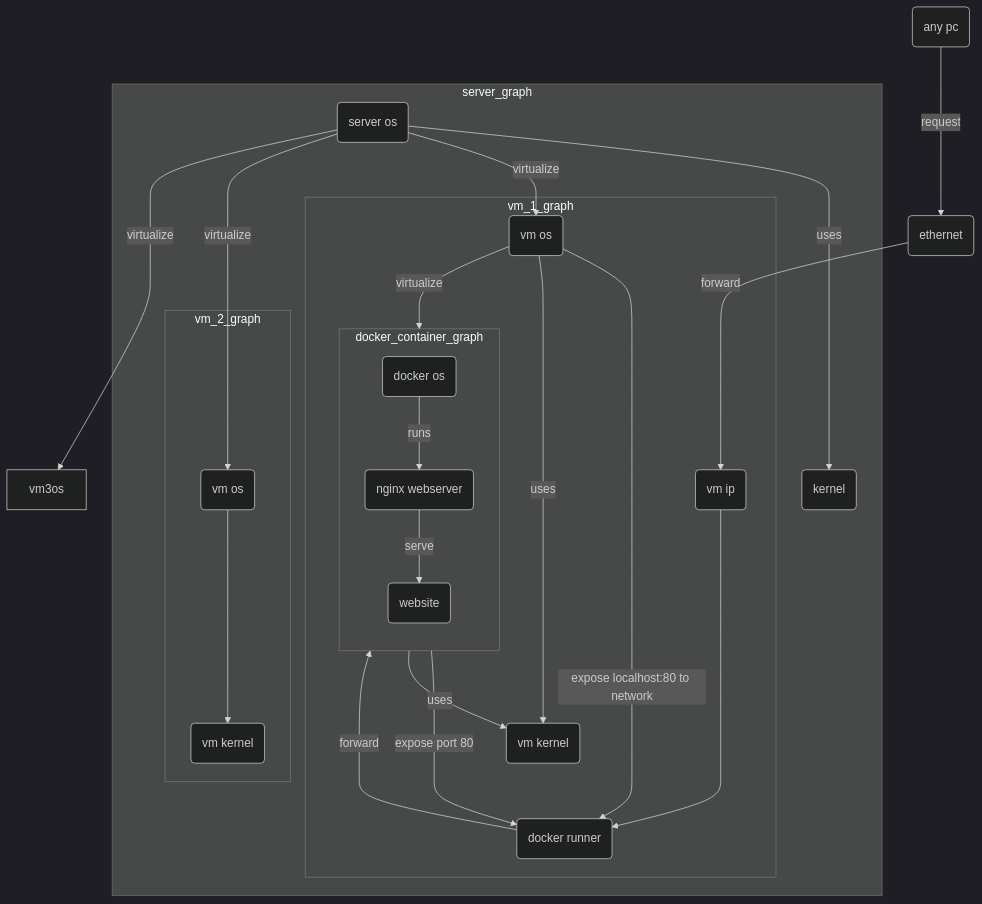
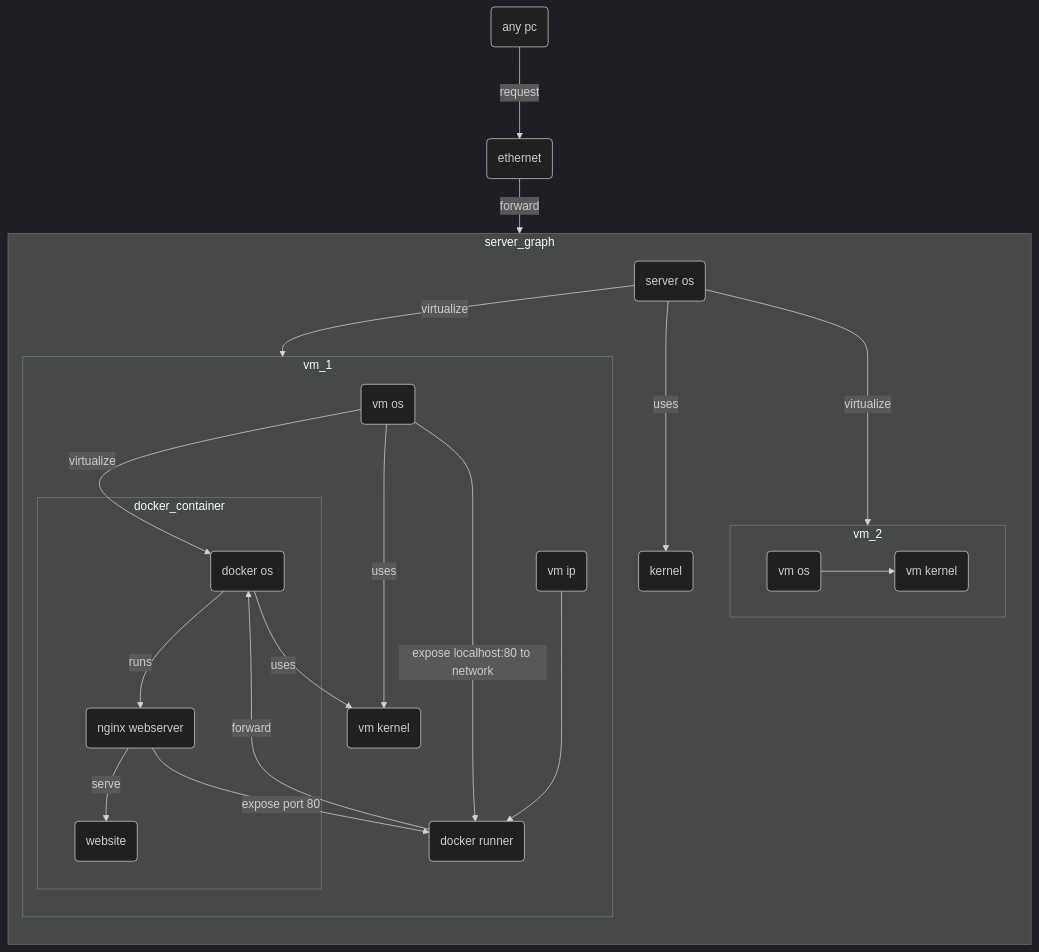
Before and after one commit to gamepro110/docker-test: the diagram in src/containerLayout.md, drawn with Mermaid (dark theme). The commit also changed other lines of this file and 3 other files, not shown here.

````diff
--- a/src/containerLayout.md
+++ b/src/containerLayout.md
@@ -3,58 +3,56 @@
 ```mermaid
-flowchart TD
+flowchart TB
+    any(any pc)
+    eth(ethernet)
+
     subgraph server_graph
+        direction TB
+
         servKern(kernel)
         servOs(server os)
 
+        subgraph vm_2
+            vm2kernel(vm kernel)
+            vm2os(vm os)
 
-        subgraph vm_1_graph
-
-            vm1kernel(vm kernel)
-            vm1os(vm os)
-
-            subgraph docker_container_graph
-                direction TB
-
+            vm2os --> vm2kernel 
+        end
+        
+        subgraph vm_1
+            subgraph docker_container
                 dockOs(docker os)
                 nginx(nginx webserver)
                 site(website)
             end
+
+            vm1kernel(vm kernel)
+            vm1os(vm os)
             
             vmIP(vm ip)
             dock(docker runner)
 
             dock -- forward ---> dockOs
             vm1os -- virtualize --> dockOs
             dockOs -- runs --> nginx
         end
-        subgraph vm_2_graph
-            vm2kernel(vm kernel)
-            vm2os(vm os)
-
-            vm2os --> vm2kernel 
-
-        end
     end
-
-    any(any pc)
-    eth(ethernet)
 
     servOs -- uses ---> servKern
 
     nginx -- expose port 80 --> dock
     nginx -- serve --> site
 
     vm1os -- expose localhost:80 to network --> dock
     vmIP ---> dock
 
     eth -- forward --> vmIP
 
     dockOs -- uses --> vm1kernel
-    vm1os -- uses ---> vm1kernel
+    vm1os -- uses --> vm1kernel
 
     any -- request ---> eth
 
-    servOs -- virtualize --> vm1os
-    servOs -- virtualize ---> vm2os
-    servOs -- virtualize ---> vm3os
+    servOs -- virtualize ---> vm_1
+    servOs -- virtualize ---> vm_2
+
 ```
````
